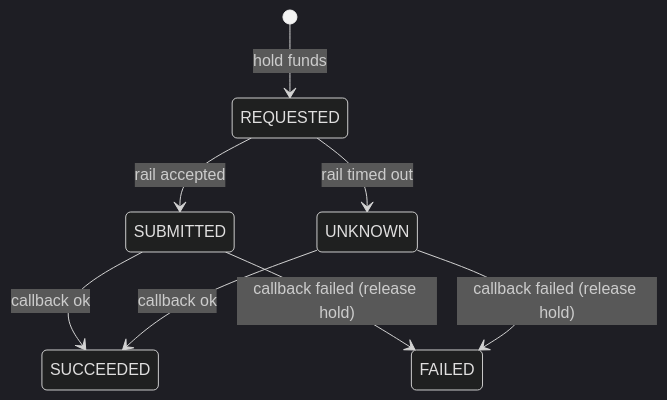
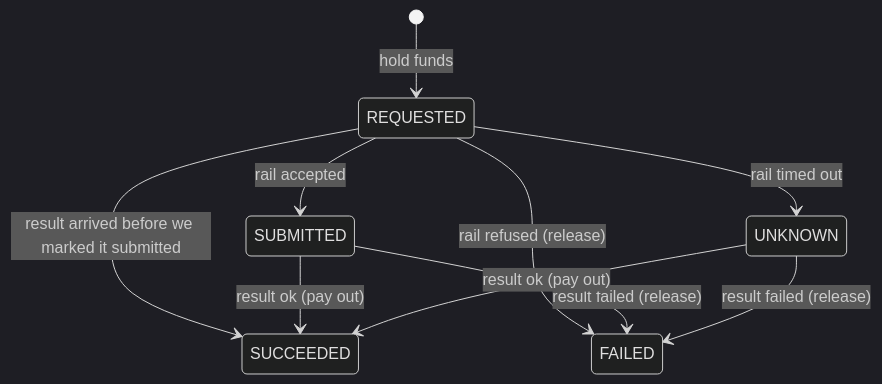
One commit to RossouwMaritz/ezeebit-wallet changed the fourth of 5 diagrams in SOLUTION.md. Above: the diagram before and after it, drawn with Mermaid (dark theme). The commit also changed other lines of this file and 2 other files, not shown here.

````diff
--- a/SOLUTION.md
+++ b/SOLUTION.md
@@ -37,10 +147,12 @@
 ```mermaid
 stateDiagram-v2
     [*] --> REQUESTED: hold funds
     REQUESTED --> SUBMITTED: rail accepted
     REQUESTED --> UNKNOWN: rail timed out
-    SUBMITTED --> SUCCEEDED: callback ok
-    SUBMITTED --> FAILED: callback failed (release hold)
-    UNKNOWN --> SUCCEEDED: callback ok
-    UNKNOWN --> FAILED: callback failed (release hold)
+    REQUESTED --> FAILED: rail refused (release)
+    REQUESTED --> SUCCEEDED: result arrived before we marked it submitted
+    SUBMITTED --> SUCCEEDED: result ok (pay out)
+    SUBMITTED --> FAILED: result failed (release)
+    UNKNOWN --> SUCCEEDED: result ok (pay out)
+    UNKNOWN --> FAILED: result failed (release)
 ```
````
